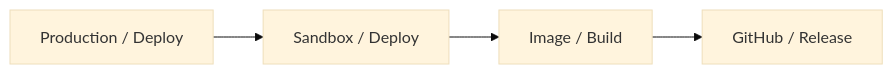
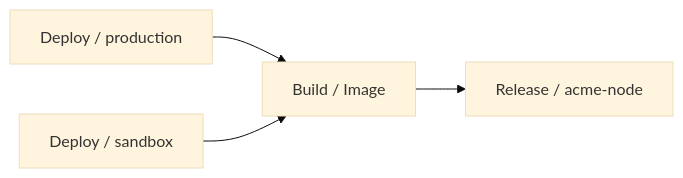
One commit to gitops-ci-cd/.github changed the fifth of 5 diagrams in profile/README.md. Above: the diagram before and after it, drawn with Mermaid (base theme). The commit also changed other lines of this file, not shown here.

Commit message:
Capture flow a bit better

````diff
--- a/profile/README.md
+++ b/profile/README.md
@@ -199,9 +206,9 @@
 ```mermaid
 flowchart LR
-    production[Production / Deploy]
-    sandbox[Sandbox / Deploy]
-    build[Image / Build]
-    release[GitHub / Release]
+    production[Deploy / production]
+    sandbox[Deploy / sandbox]
+    build[Build / Image]
+    release[Release / acme-node]
 
-    production --> sandbox --> build --> release
+    production & sandbox --> build --> release
 ```
````
